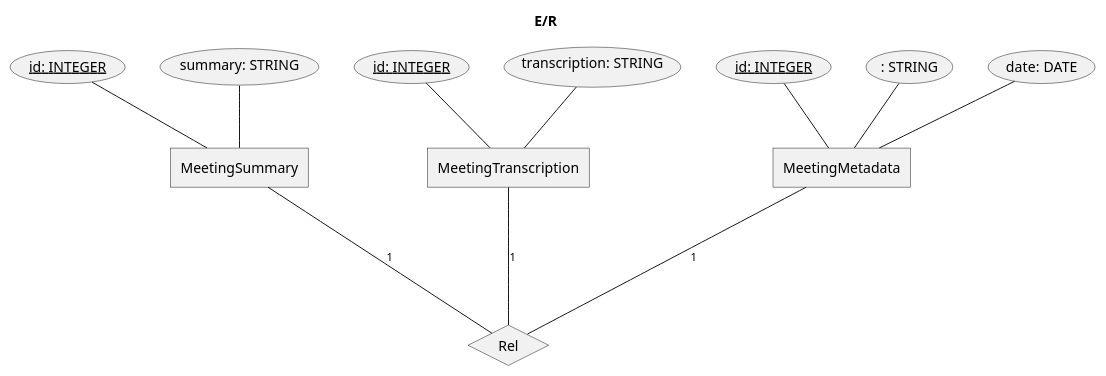
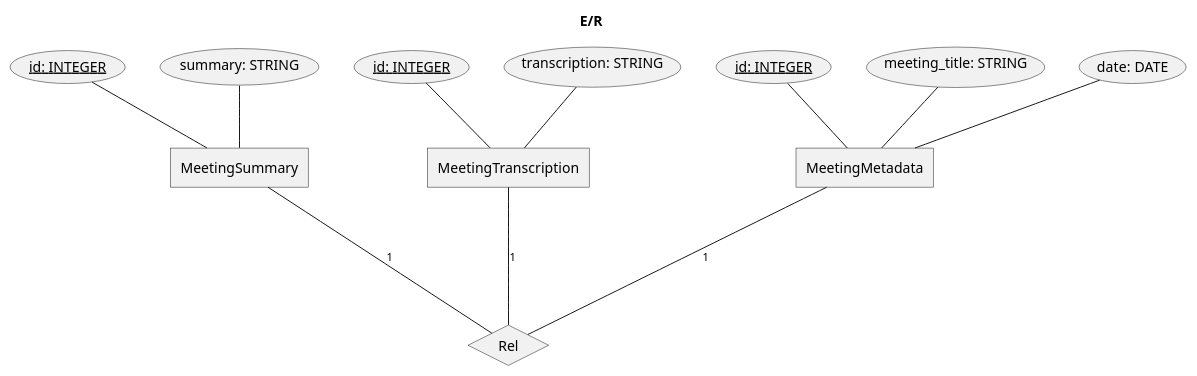
The diagram in Backend/docs/entity_relationship.pu (estebansuarezcalvoudc/Memento), drawn with PlantUML before and after one commit.

Commit message:
Añadir campo de título a meeting_metadata en el E/R

```diff
--- a/Backend/docs/entity_relationship.pu
+++ b/Backend/docs/entity_relationship.pu
@@ -1,25 +1,25 @@
 @startchen E/R
 
 title E/R
 
 entity MeetingMetadata {
     id: INTEGER <<key>>
-    : STRING
+    meeting_title: STRING
     date: DATE
 }
 entity MeetingSummary {
     id: INTEGER <<key>>
     summary: STRING
 }
 entity MeetingTranscription {
     id: INTEGER <<key>>
     transcription: STRING
 }
 relationship Rel {
 }
 
 MeetingMetadata -1- Rel
 MeetingSummary -1- Rel
 MeetingTranscription -1- Rel
 
 @endchen
```
